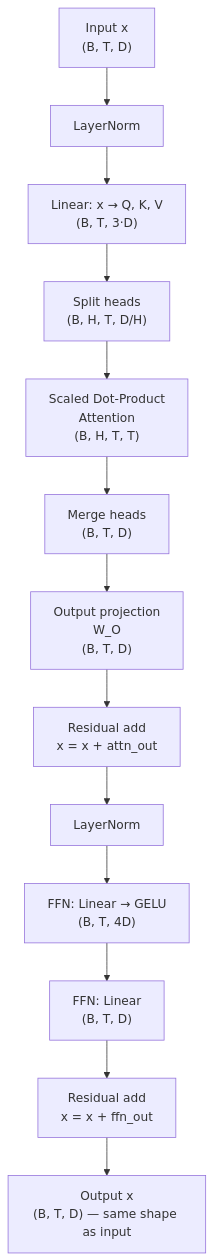
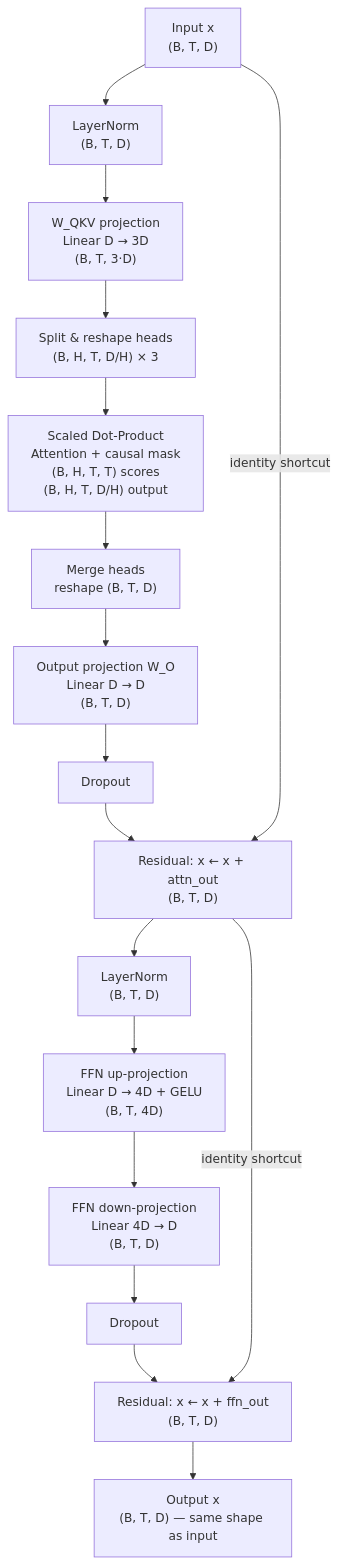
One commit to blebleblee/synapse changed the first of 7 diagrams in topics/computing/ai/vibe_coding/lesson_02_architecture_and_mechanics.md. Above: the diagram before and after it, drawn with Mermaid. The commit also changed other lines of this file and 4 other files, not shown here.

````diff
--- a/topics/computing/ai/vibe_coding/lesson_02_architecture_and_mechanics.md
+++ b/topics/computing/ai/vibe_coding/lesson_02_architecture_and_mechanics.md
@@ -82,15 +103,23 @@
 ```mermaid
 flowchart TD
-    A["Input x\n(B, T, D)"] --> LN1["LayerNorm"]
-    LN1 --> QKV["Linear: x → Q, K, V\n(B, T, 3·D)"]
-    QKV --> SPLIT["Split heads\n(B, H, T, D/H)"]
-    SPLIT --> ATTN["Scaled Dot-Product\nAttention\n(B, H, T, T)"]
-    ATTN --> MERGE["Merge heads\n(B, T, D)"]
-    MERGE --> PROJ["Output projection\nW_O\n(B, T, D)"]
-    PROJ --> RES1["Residual add\nx = x + attn_out"]
-    RES1 --> LN2["LayerNorm"]
-    LN2 --> FF1["FFN: Linear → GELU\n(B, T, 4D)"]
-    FF1 --> FF2["FFN: Linear\n(B, T, D)"]
-    FF2 --> RES2["Residual add\nx = x + ffn_out"]
-    RES2 --> OUT["Output x\n(B, T, D) — same shape as input"]
+    A["Input x\n(B, T, D)"]
+    LN1["LayerNorm\n(B, T, D)"]
+    QKV["W_QKV projection\nLinear D → 3D\n(B, T, 3·D)"]
+    SPLIT["Split & reshape heads\n(B, H, T, D/H) × 3"]
+    ATTN["Scaled Dot-Product\nAttention + causal mask\n(B, H, T, T) scores\n(B, H, T, D/H) output"]
+    MERGE["Merge heads\nreshape (B, T, D)"]
+    PROJ["Output projection W_O\nLinear D → D\n(B, T, D)"]
+    DROP1["Dropout"]
+    RES1["Residual: x ← x + attn_out\n(B, T, D)"]
+    LN2["LayerNorm\n(B, T, D)"]
+    FF1["FFN up-projection\nLinear D → 4D + GELU\n(B, T, 4D)"]
+    FF2["FFN down-projection\nLinear 4D → D\n(B, T, D)"]
+    DROP2["Dropout"]
+    RES2["Residual: x ← x + ffn_out\n(B, T, D)"]
+    OUT["Output x\n(B, T, D) — same shape as input"]
+
+    A --> LN1 --> QKV --> SPLIT --> ATTN --> MERGE --> PROJ --> DROP1 --> RES1
+    RES1 --> LN2 --> FF1 --> FF2 --> DROP2 --> RES2 --> OUT
+    A -->|"identity shortcut"| RES1
+    RES1 -->|"identity shortcut"| RES2
 ```
````
